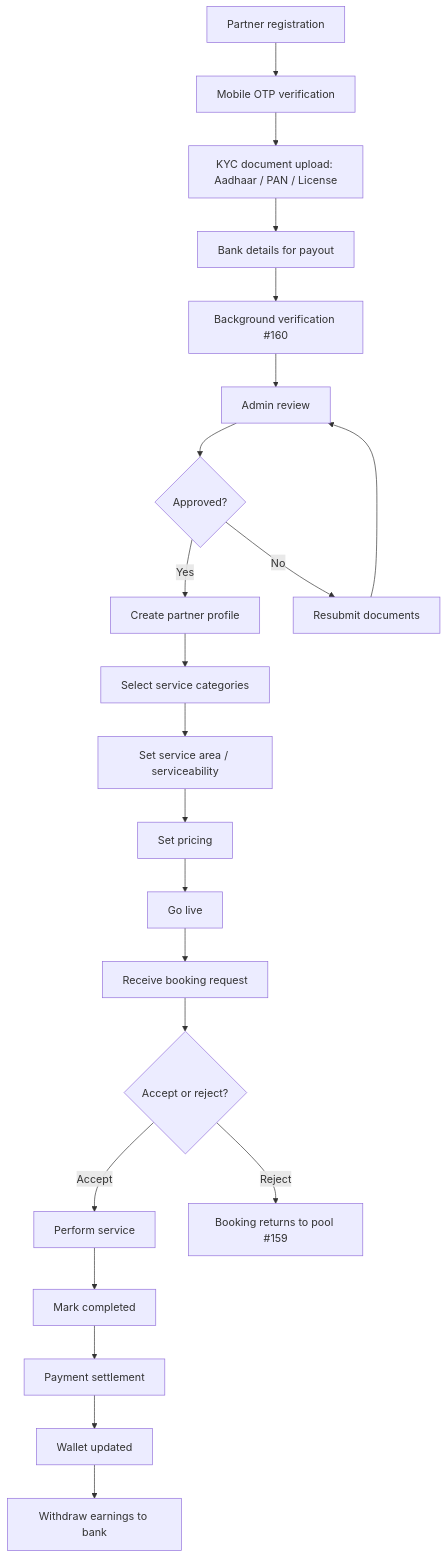
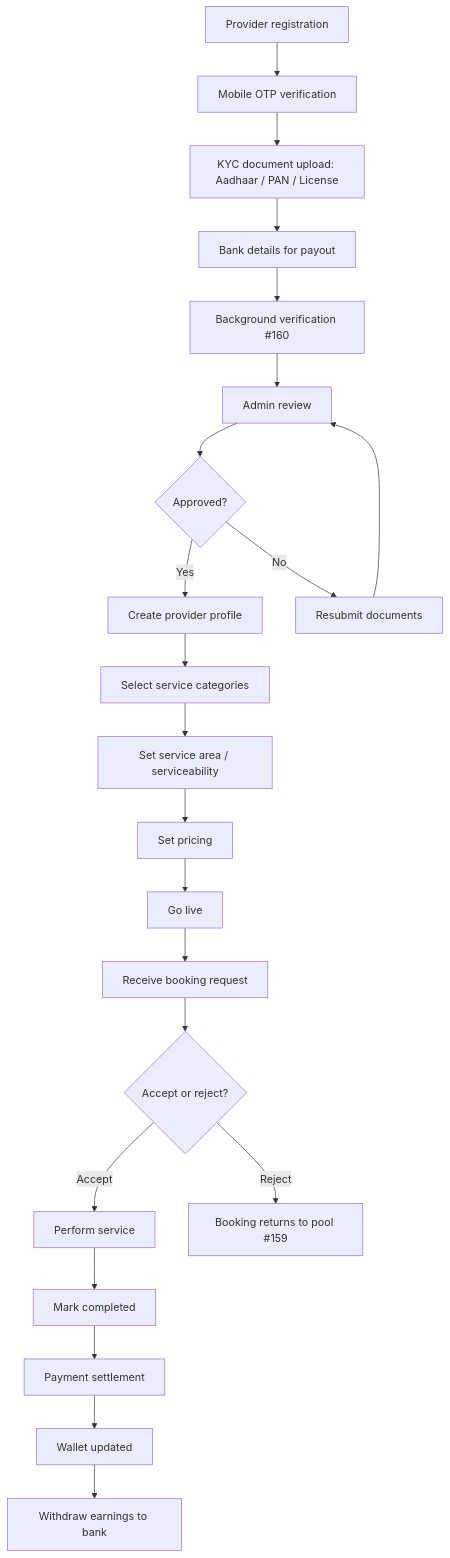
Before and after one commit to SantoshGitlab/nestly: the third of 9 diagrams in docs/WORKFLOW.md, drawn with Mermaid. The commit also changed other lines of this file and 488 other files, not shown here.

````diff
--- a/docs/WORKFLOW.md
+++ b/docs/WORKFLOW.md
@@ -93,23 +93,23 @@
 ```mermaid
 flowchart TD
-    A[Partner registration] --> B[Mobile OTP verification]
+    A[Provider registration] --> B[Mobile OTP verification]
     B --> C[KYC document upload: Aadhaar / PAN / License]
     C --> D[Bank details for payout]
     D --> E[Background verification #160]
     E --> F[Admin review]
     F --> G{Approved?}
-    G -->|Yes| H[Create partner profile]
+    G -->|Yes| H[Create provider profile]
     G -->|No| I[Resubmit documents] --> F
     H --> J[Select service categories]
     J --> K[Set service area / serviceability]
     K --> L[Set pricing]
     L --> M[Go live]
     M --> N[Receive booking request]
     N --> O{Accept or reject?}
     O -->|Accept| P[Perform service]
     O -->|Reject| Q[Booking returns to pool #159]
     P --> R[Mark completed]
     R --> S[Payment settlement]
     S --> T[Wallet updated]
     T --> U[Withdraw earnings to bank]
 ```
````
